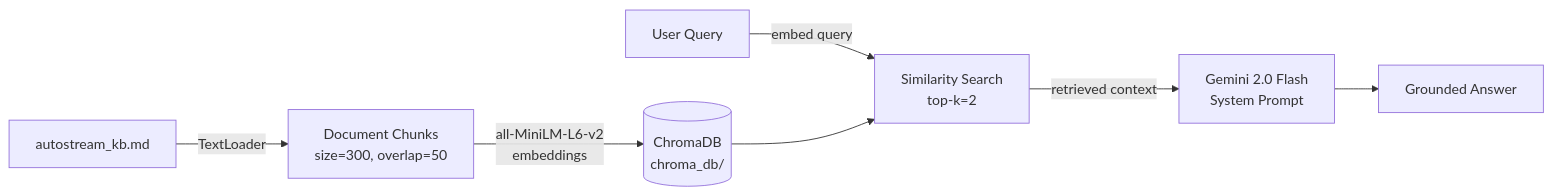
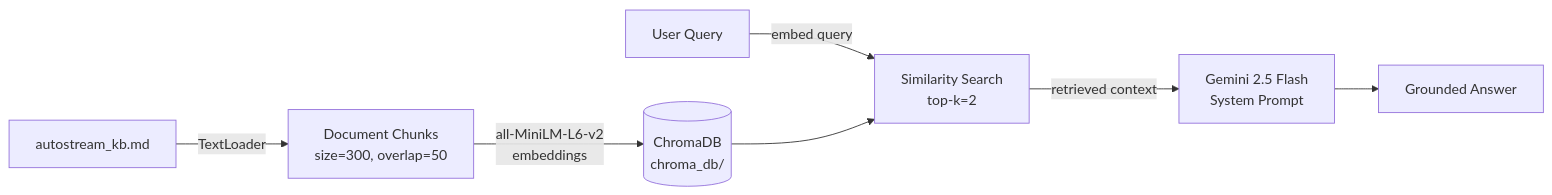
The second of 4 diagrams in README.md (Dibyajyoti-07/Social-To-Lead-Agentic-Workflow), drawn with Mermaid before and after one commit. The commit also changed other lines of this file, not shown here.

````diff
--- a/README.md
+++ b/README.md
@@ -104,9 +104,9 @@
 ```mermaid
 flowchart LR
     A[autostream_kb.md] -->|TextLoader| B[Document Chunks\nsize=300, overlap=50]
     B -->|all-MiniLM-L6-v2\nembeddings| C[(ChromaDB\nchroma_db/)]
     D[User Query] -->|embed query| E[Similarity Search\ntop-k=2]
     C --> E
-    E -->|retrieved context| F[Gemini 2.0 Flash\nSystem Prompt]
+    E -->|retrieved context| F[Gemini 2.5 Flash\nSystem Prompt]
     F --> G[Grounded Answer]
 ```
````
